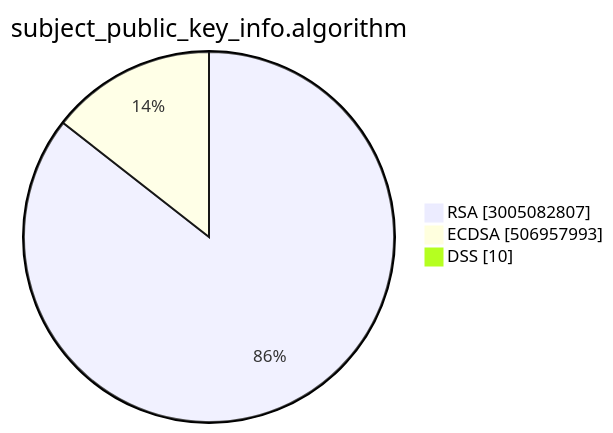
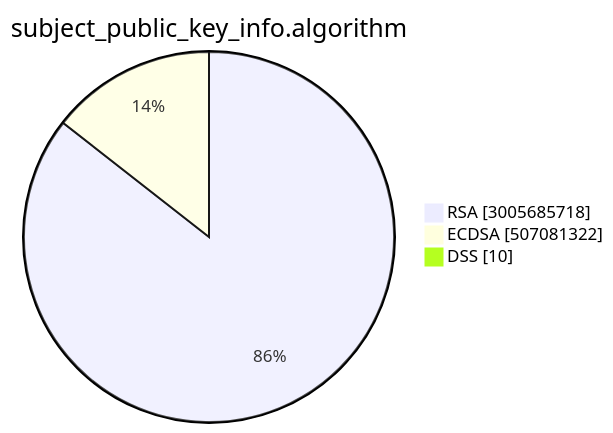
The second of 15 diagrams in TOTAL/README.md (christiankrug/ctmonitor_visualization), drawn with Mermaid before and after one commit. The commit also changed other lines of this file, not shown here.

````diff
--- a/TOTAL/README.md
+++ b/TOTAL/README.md
@@ -6,7 +6,7 @@
 ```mermaid
 pie showData
 title subject_public_key_info.algorithm
-"RSA" :3005082807
-"ECDSA" :506957993
+"RSA" :3005685718
+"ECDSA" :507081322
 "DSS" :10
 ```
````
